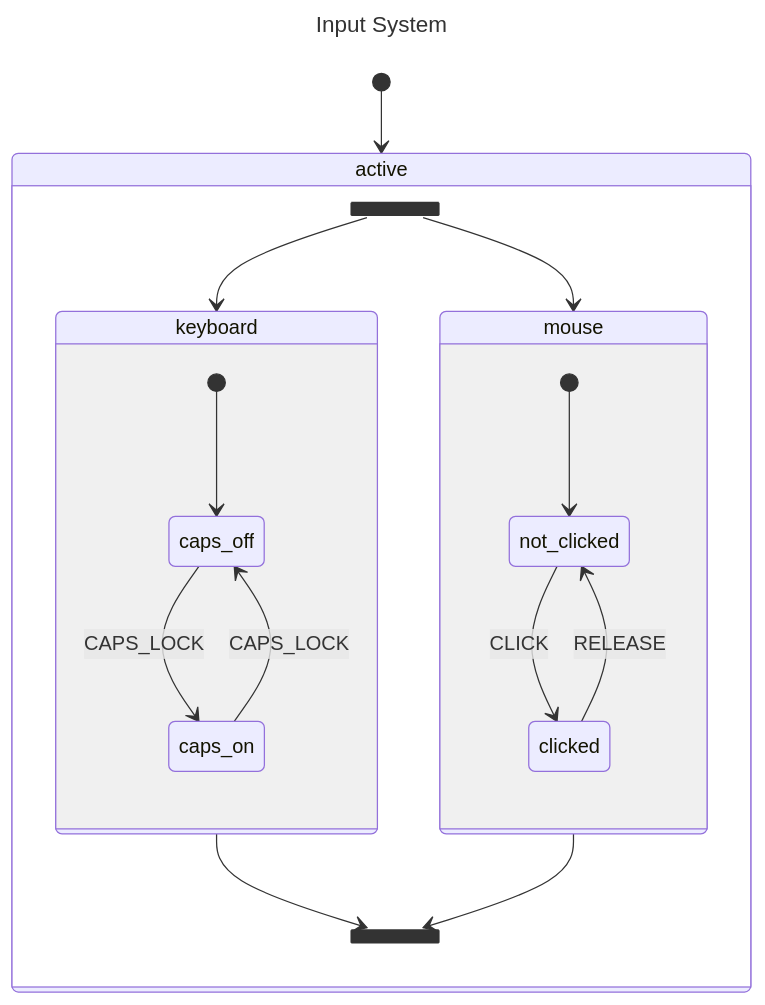
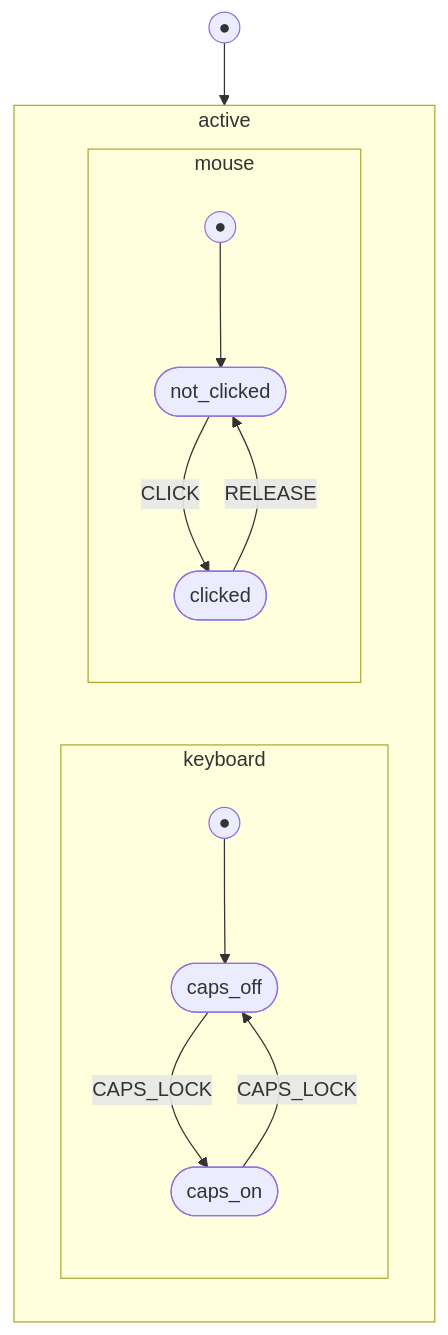
One commit to floodfx/gstate changed the diagram in examples/parallel/README.md. Above: the diagram before and after it, drawn with Mermaid. The commit also changed 18 other files, not shown here.

````diff
--- a/examples/parallel/README.md
+++ b/examples/parallel/README.md
@@ -7,34 +7,30 @@
 ```mermaid
 ---
-title: Input System
 config:
-    theme: default
-    maxTextSize: 50000
-    maxEdges: 500
-    fontSize: 16
+  theme: default
+  themeVariables:
+    fontSize: 16px
 ---
-stateDiagram-v2
-    state active {
-        state active_fork <<fork>>
-        state active_join <<join>>
-        state keyboard {
-            [*] --> caps_off
-            state "caps_off" as caps_off
-            state "caps_on" as caps_on
-        }
-        state mouse {
-            [*] --> not_clicked
-            state "clicked" as clicked
-            state "not_clicked" as not_clicked
-        }
-    }
-	active_fork --> keyboard
-	keyboard --> active_join
-	active_fork --> mouse
-	mouse --> active_join
-	[*] --> active
-	caps_off --> caps_on: CAPS_LOCK
-	caps_on --> caps_off: CAPS_LOCK
-	clicked --> not_clicked: RELEASE
-	not_clicked --> clicked: CLICK
+flowchart TB
+    __gstate_start(("●"))
+    __gstate_start --> active
+    subgraph active ["active"]
+        direction LR
+        subgraph keyboard ["keyboard"]
+            __gstate_initial_6b6579626f617264(("●"))
+            __gstate_initial_6b6579626f617264 --> caps_off
+            caps_off(["caps_off"])
+            caps_on(["caps_on"])
+        end
+        subgraph mouse ["mouse"]
+            __gstate_initial_6d6f757365(("●"))
+            __gstate_initial_6d6f757365 --> not_clicked
+            clicked(["clicked"])
+            not_clicked(["not_clicked"])
+        end
+    end
+    caps_off -->|"CAPS_LOCK"| caps_on
+    caps_on -->|"CAPS_LOCK"| caps_off
+    clicked -->|"RELEASE"| not_clicked
+    not_clicked -->|"CLICK"| clicked
 ```
````
